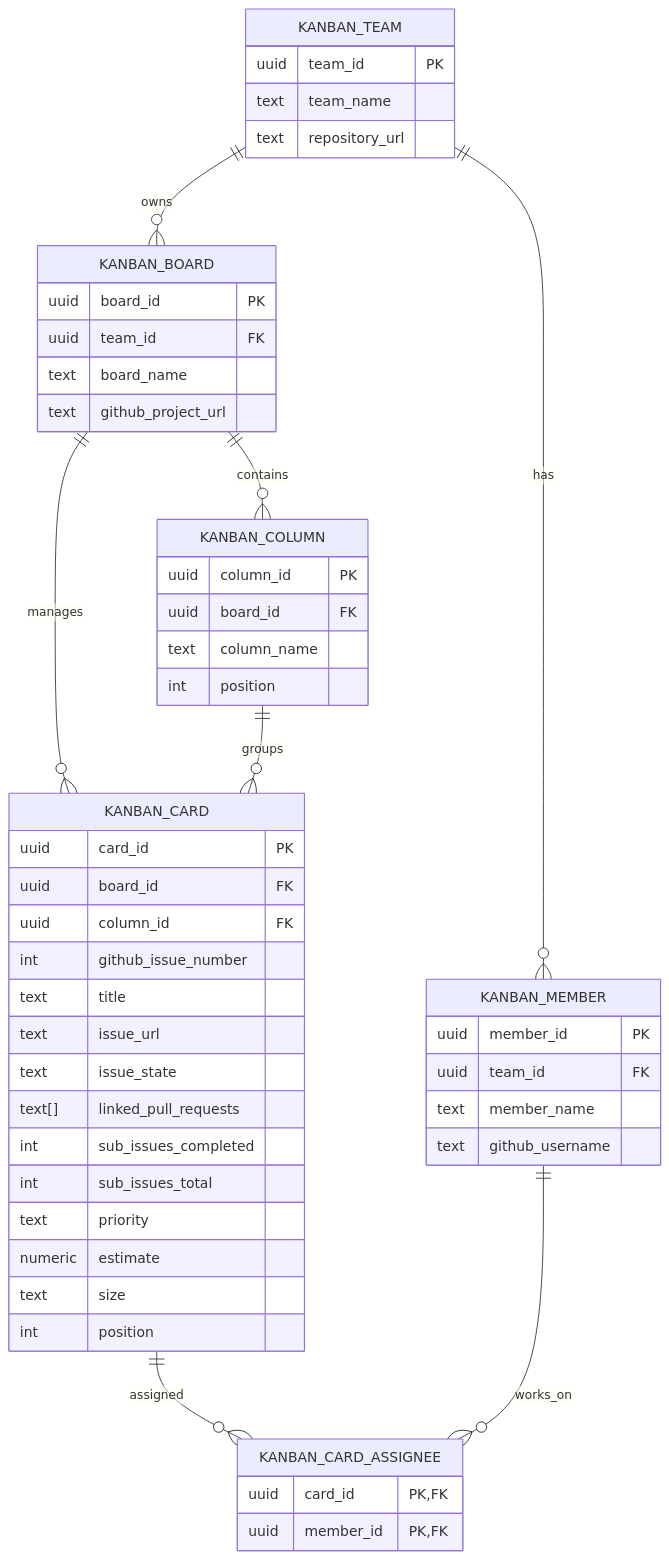
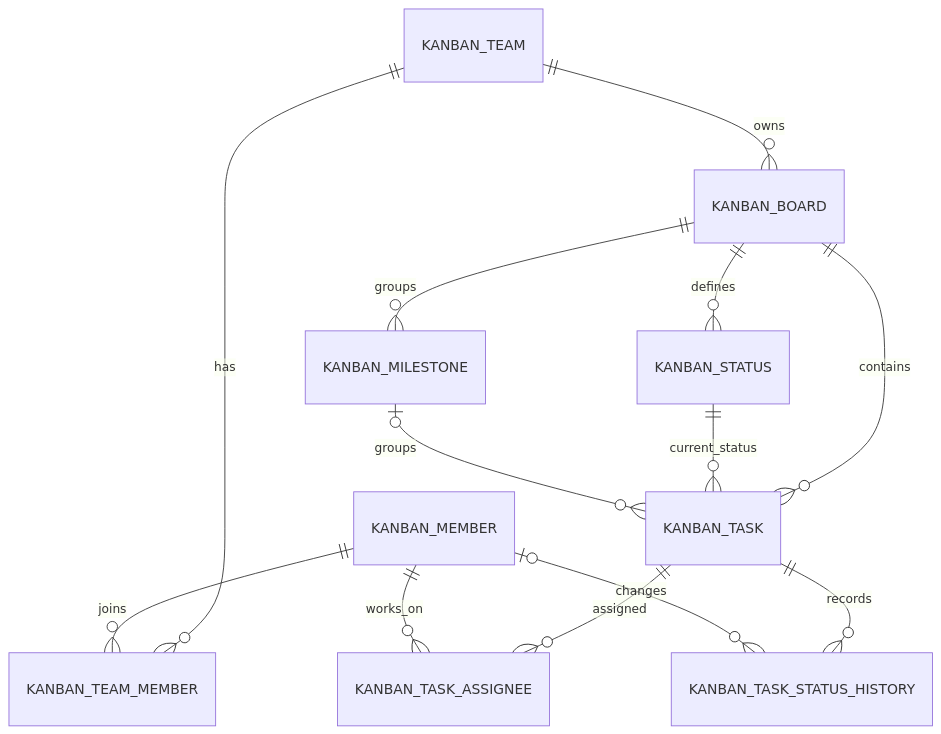
Before and after one commit to g202235438/ot-kanban-db: the diagram in docs/kanban-erd.md, drawn with Mermaid. The commit also changed other lines of this file and 3 other files, not shown here.

````diff
--- a/docs/kanban-erd.md
+++ b/docs/kanban-erd.md
@@ -3,54 +3,15 @@
 ```mermaid
 erDiagram
-    KANBAN_TEAM ||--o{ KANBAN_MEMBER : has
+    KANBAN_TEAM ||--o{ KANBAN_TEAM_MEMBER : has
+    KANBAN_MEMBER ||--o{ KANBAN_TEAM_MEMBER : joins
     KANBAN_TEAM ||--o{ KANBAN_BOARD : owns
-    KANBAN_BOARD ||--o{ KANBAN_COLUMN : contains
-    KANBAN_BOARD ||--o{ KANBAN_CARD : manages
-    KANBAN_COLUMN ||--o{ KANBAN_CARD : groups
-    KANBAN_CARD ||--o{ KANBAN_CARD_ASSIGNEE : assigned
-    KANBAN_MEMBER ||--o{ KANBAN_CARD_ASSIGNEE : works_on
-
-    KANBAN_TEAM {
-        uuid team_id PK
-        text team_name
-        text repository_url
-    }
-    KANBAN_MEMBER {
-        uuid member_id PK
-        uuid team_id FK
-        text member_name
-        text github_username
-    }
-    KANBAN_BOARD {
-        uuid board_id PK
-        uuid team_id FK
-        text board_name
-        text github_project_url
-    }
-    KANBAN_COLUMN {
-        uuid column_id PK
-        uuid board_id FK
-        text column_name
-        int position
-    }
-    KANBAN_CARD {
-        uuid card_id PK
-        uuid board_id FK
-        uuid column_id FK
-        int github_issue_number
-        text title
-        text issue_url
-        text issue_state
-        text[] linked_pull_requests
-        int sub_issues_completed
-        int sub_issues_total
-        text priority
-        numeric estimate
-        text size
-        int position
-    }
-    KANBAN_CARD_ASSIGNEE {
-        uuid card_id PK, FK
-        uuid member_id PK, FK
-    }
+    KANBAN_BOARD ||--o{ KANBAN_STATUS : defines
+    KANBAN_BOARD ||--o{ KANBAN_MILESTONE : groups
+    KANBAN_BOARD ||--o{ KANBAN_TASK : contains
+    KANBAN_STATUS ||--o{ KANBAN_TASK : current_status
+    KANBAN_MILESTONE o|--o{ KANBAN_TASK : groups
+    KANBAN_TASK ||--o{ KANBAN_TASK_ASSIGNEE : assigned
+    KANBAN_MEMBER ||--o{ KANBAN_TASK_ASSIGNEE : works_on
+    KANBAN_TASK ||--o{ KANBAN_TASK_STATUS_HISTORY : records
+    KANBAN_MEMBER o|--o{ KANBAN_TASK_STATUS_HISTORY : changes
 ```
````
